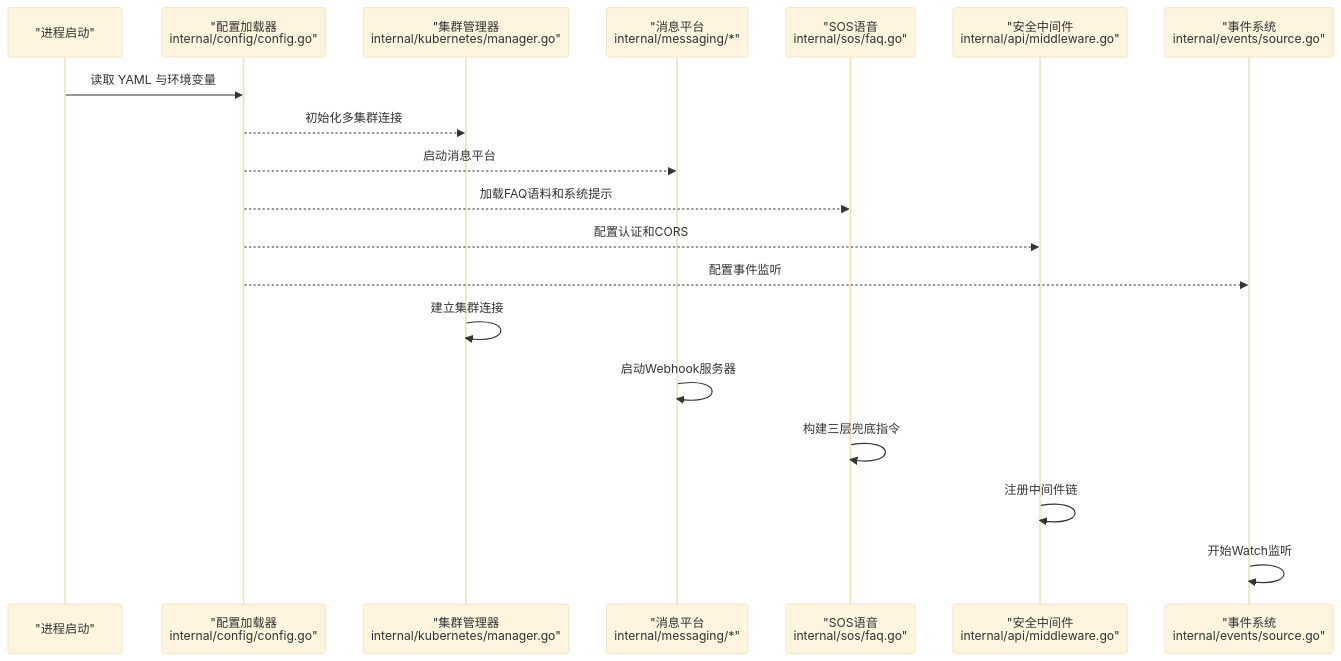
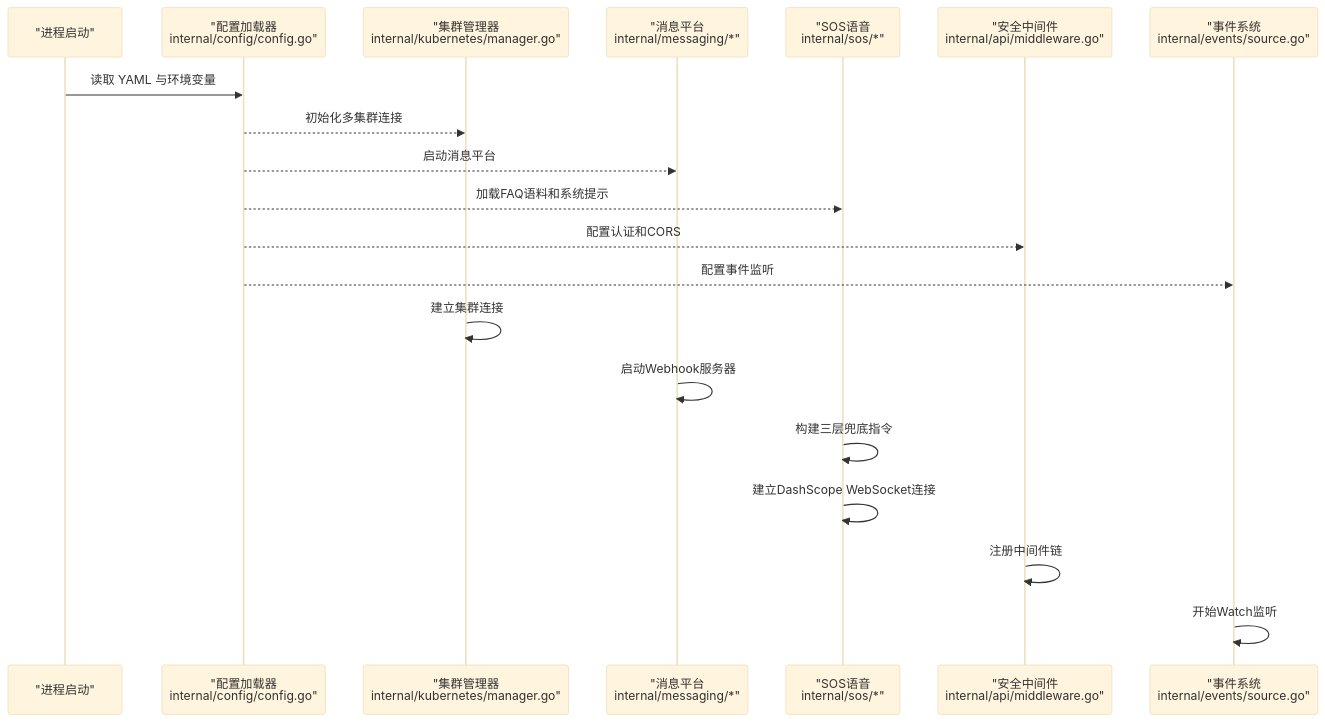
One commit to kudig-io/klaw changed the second of 4 diagrams in .qoder/repowiki/zh/content/安装部署/配置管理.md. Above: the diagram before and after it, drawn with Mermaid (base theme). The commit also changed other lines of this file and 257 other files, not shown here.

````diff
--- a/.qoder/repowiki/zh/content/安装部署/配置管理.md
+++ b/.qoder/repowiki/zh/content/安装部署/配置管理.md
@@ -148,21 +165,22 @@
 ```mermaid
 sequenceDiagram
 participant 启动 as "进程启动"
 participant 配置 as "配置加载器<br/>internal/config/config.go"
 participant 集群 as "集群管理器<br/>internal/kubernetes/manager.go"
 participant 消息 as "消息平台<br/>internal/messaging/*"
-participant sos as "SOS语音<br/>internal/sos/faq.go"
+participant sos as "SOS语音<br/>internal/sos/*"
 participant 安全 as "安全中间件<br/>internal/api/middleware.go"
 participant 事件 as "事件系统<br/>internal/events/source.go"
 启动->>配置 : 读取 YAML 与环境变量
 配置-->>集群 : 初始化多集群连接
 配置-->>消息 : 启动消息平台
 配置-->>sos : 加载FAQ语料和系统提示
 配置-->>安全 : 配置认证和CORS
 配置-->>事件 : 配置事件监听
 集群->>集群 : 建立集群连接
 消息->>消息 : 启动Webhook服务器
 sos->>sos : 构建三层兜底指令
+sos->>sos : 建立DashScope WebSocket连接
 安全->>安全 : 注册中间件链
 事件->>事件 : 开始Watch监听
 ```
````
